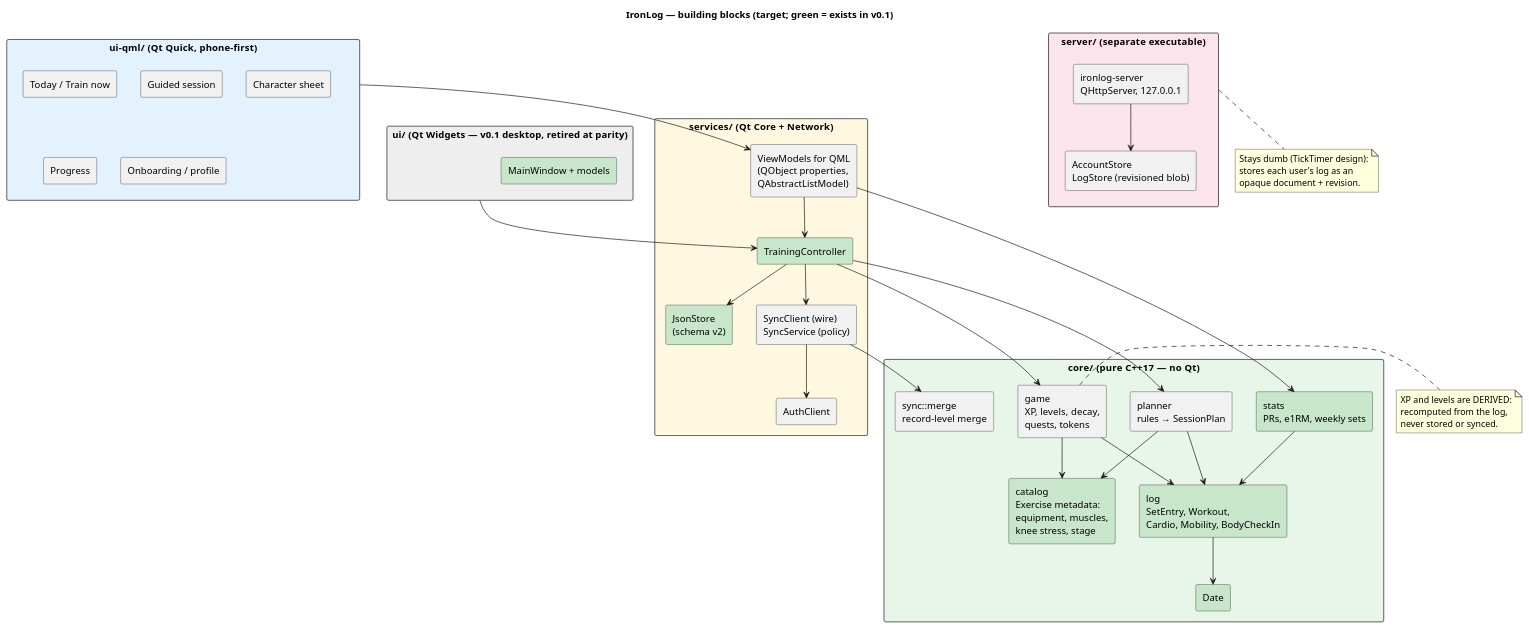
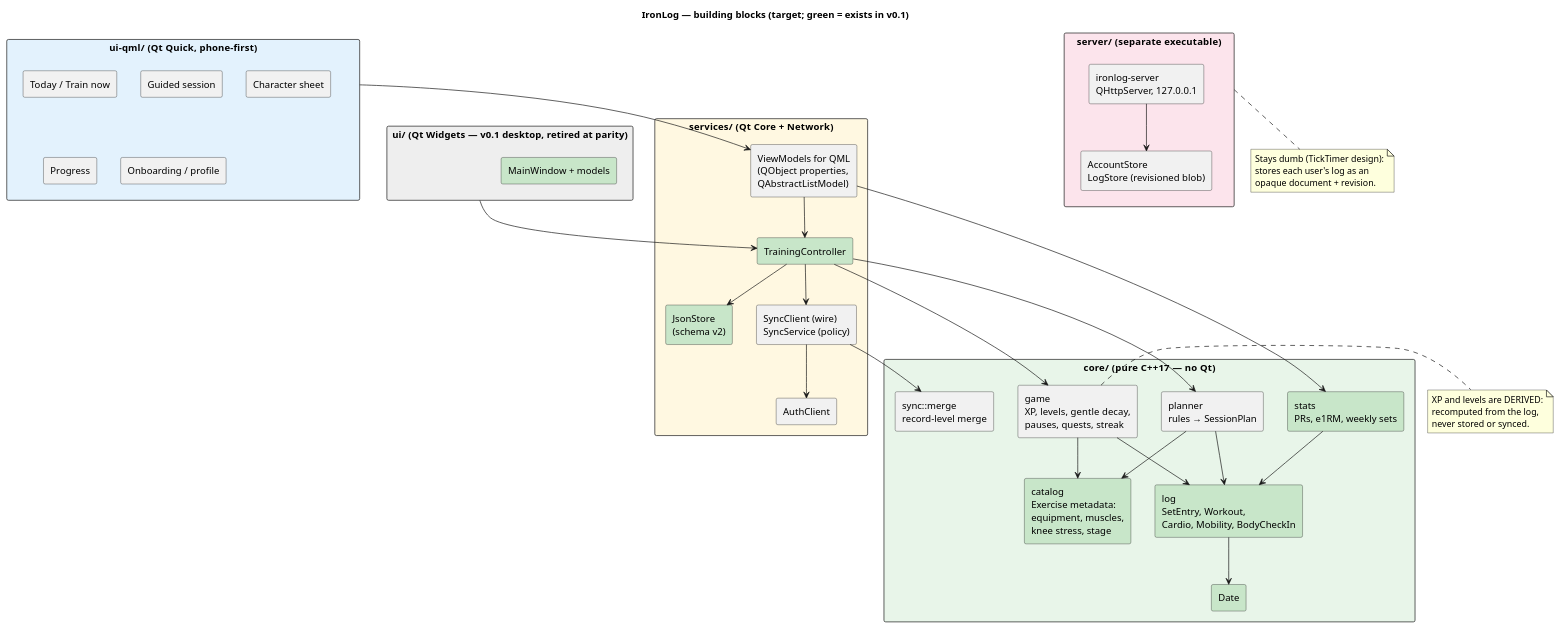
One commit to LovedArie/IronLog changed the diagram in diagrams/building_blocks.puml. Above: the diagram before and after it, drawn with PlantUML. The commit also changed 11 other files, not shown here.

```diff
--- a/diagrams/building_blocks.puml
+++ b/diagrams/building_blocks.puml
@@ -1,79 +1,79 @@
 @startuml building_blocks
 ' arc42 §5 — Building blocks, target (v1). Green = exists in v0.1.
 ' Arrows = "uses" and only point down. The server shares core/ and the
 ' sync protocol, never the UI.
 ' Render: plantuml -tpng diagrams/*.puml -o rendered
 
 title IronLog — building blocks (target; green = exists in v0.1)
 
 skinparam shadowing false
 skinparam defaultFontName Arial
 skinparam packageStyle rectangle
 skinparam componentStyle rectangle
 
 package "ui-qml/   (Qt Quick, phone-first)" as QML #E3F2FD {
   component "Today / Train now" as U1
   component "Guided session" as U2
   component "Character sheet" as U3
   component "Progress" as U4
   component "Onboarding / profile" as U5
 }
 
 package "ui/   (Qt Widgets — v0.1 desktop, retired at parity)" as WID #EEEEEE {
   component "MainWindow + models" as W1 #C8E6C9
 }
 
 package "services/   (Qt Core + Network)" as SVC #FFF8E1 {
   component "TrainingController" as TC #C8E6C9
   component "JsonStore\n(schema v2)" as JS #C8E6C9
   component "SyncClient (wire)\nSyncService (policy)" as SY
   component "AuthClient" as AU
   component "ViewModels for QML\n(QObject properties,\nQAbstractListModel)" as VM
 }
 
 package "core/   (pure C++17 — no Qt)" as CORE #E8F5E9 {
   component "log\nSetEntry, Workout,\nCardio, Mobility, BodyCheckIn" as LOG #C8E6C9
   component "catalog\nExercise metadata:\nequipment, muscles,\nknee stress, stage" as CAT #C8E6C9
   component "stats\nPRs, e1RM, weekly sets" as ST #C8E6C9
   component "planner\nrules → SessionPlan" as PL
-  component "game\nXP, levels, decay,\nquests, tokens" as GM
+  component "game\nXP, levels, gentle decay,\npauses, quests, streak" as GM
   component "sync::merge\nrecord-level merge" as MG
   component "Date" as DT #C8E6C9
 }
 
 package "server/   (separate executable)" as SERVER #FCE4EC {
   component "ironlog-server\nQHttpServer, 127.0.0.1" as HS
   component "AccountStore\nLogStore (revisioned blob)" as SS
 }
 
 QML --> VM
 WID --> TC
 VM --> TC
 TC --> JS
 TC --> SY
 SY --> AU
 SY --> MG
 TC --> PL
 TC --> GM
 VM --> ST
 PL --> CAT
 PL --> LOG
 GM --> LOG
 GM --> CAT
 ST --> LOG
 LOG --> DT
 HS --> SS
 
 note right of GM
   XP and levels are DERIVED:
   recomputed from the log,
   never stored or synced.
 end note
 
 note bottom of SERVER
   Stays dumb (TickTimer design):
   stores each user's log as an
   opaque document + revision.
 end note
 
 @enduml
```
